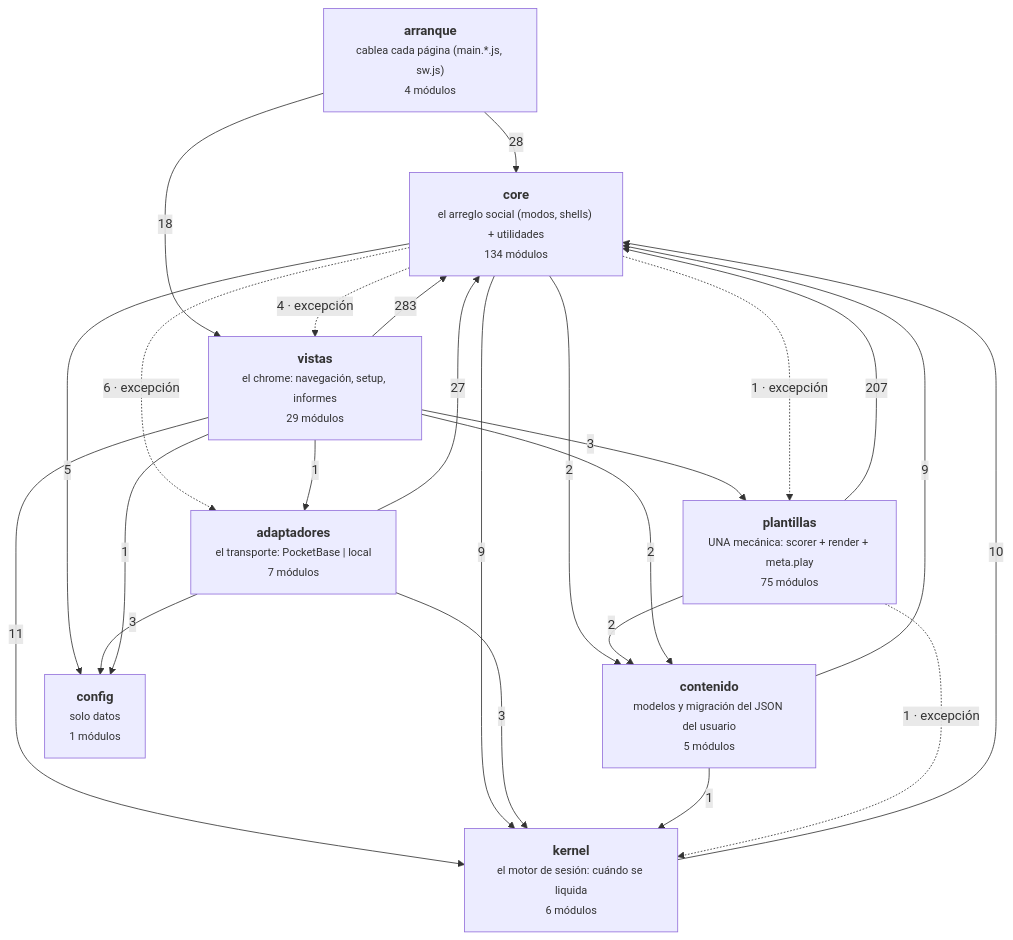
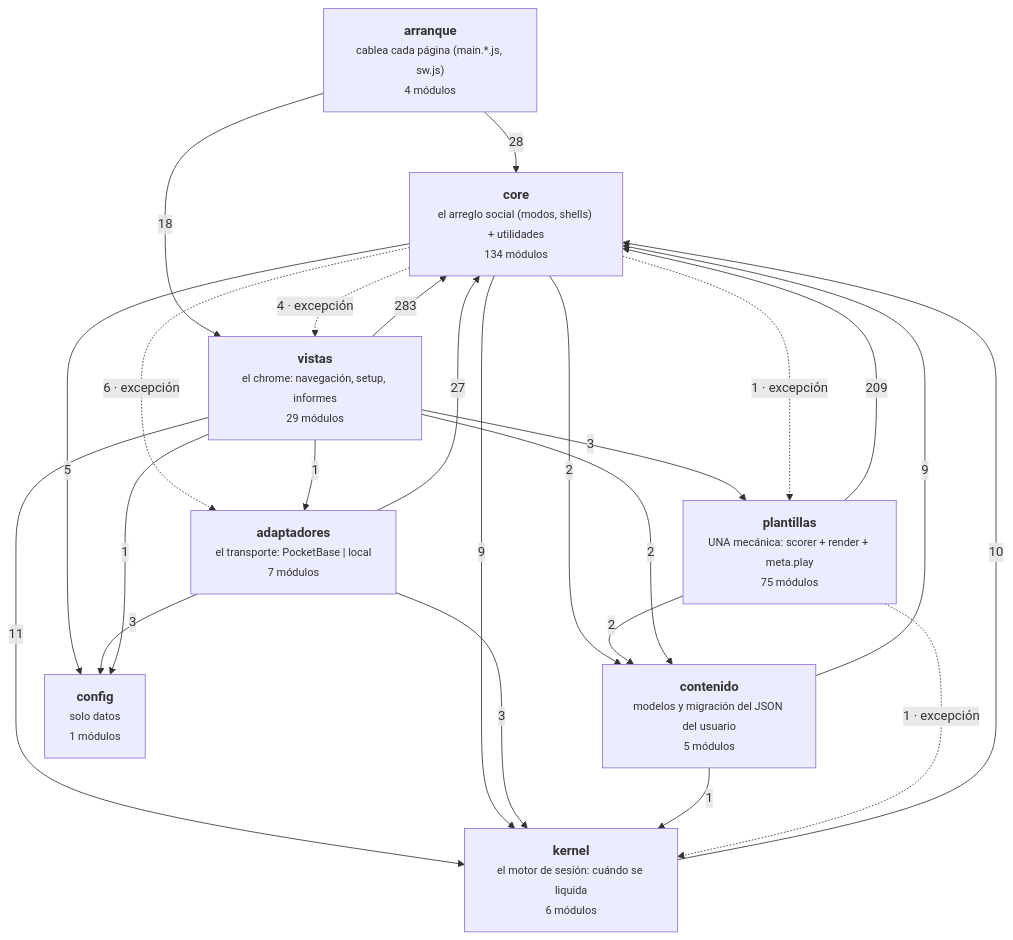
Before and after one commit to duecaz/ac: the diagram in docs/arquitectura-modulos.md, drawn with Mermaid. The commit also changed other lines of this file and 25 other files, not shown here.

````diff
--- a/docs/arquitectura-modulos.md
+++ b/docs/arquitectura-modulos.md
@@ -56,34 +56,34 @@
 ```mermaid
 graph TD
   A["<b>arranque</b><br/><small>cablea cada página (main.*.js, sw.js)</small><br/><small>4 módulos</small>"]
   V["<b>vistas</b><br/><small>el chrome: navegación, setup, informes</small><br/><small>29 módulos</small>"]
   AD["<b>adaptadores</b><br/><small>el transporte: PocketBase | local</small><br/><small>7 módulos</small>"]
   C["<b>core</b><br/><small>el arreglo social (modos, shells) + utilidades</small><br/><small>134 módulos</small>"]
   K["<b>kernel</b><br/><small>el motor de sesión: cuándo se liquida</small><br/><small>6 módulos</small>"]
   T["<b>plantillas</b><br/><small>UNA mecánica: scorer + render + meta.play</small><br/><small>75 módulos</small>"]
   CO["<b>contenido</b><br/><small>modelos y migración del JSON del usuario</small><br/><small>5 módulos</small>"]
   CF["<b>config</b><br/><small>solo datos</small><br/><small>1 módulos</small>"]
   V -->|283| C
-  T -->|207| C
+  T -->|209| C
   A -->|28| C
   AD -->|27| C
   A -->|18| V
   V -->|11| K
   K -->|10| C
   C -->|9| K
   CO -->|9| C
   C -.->|6 · excepción| AD
   C -->|5| CF
   C -.->|4 · excepción| V
   AD -->|3| CF
   AD -->|3| K
   V -->|3| T
   C -->|2| CO
   T -->|2| CO
   V -->|2| CO
   C -.->|1 · excepción| T
   CO -->|1| K
   T -.->|1 · excepción| K
   V -->|1| AD
   V -->|1| CF
 ```
````
